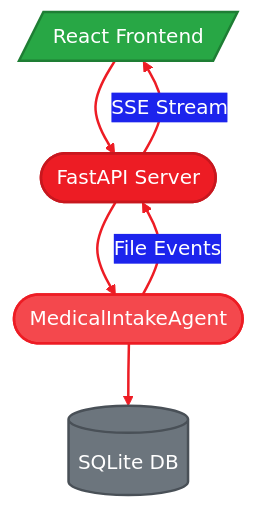
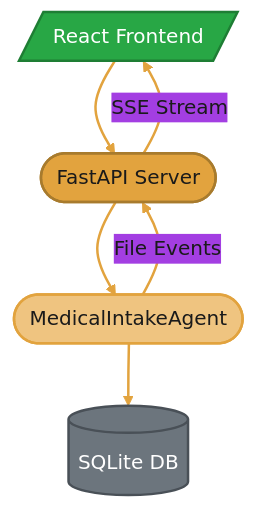
The diagram in docs/playbooks/emr-agent/part-2-dashboard.mdx (amd/gaia), drawn with Mermaid before and after one commit. The commit also changed 37 other files, not shown here.

````diff
--- a/docs/playbooks/emr-agent/part-2-dashboard.mdx
+++ b/docs/playbooks/emr-agent/part-2-dashboard.mdx
@@ -39,22 +39,22 @@
 ```mermaid
-%%{init: {'theme':'base', 'themeVariables': { 'primaryColor':'#ED1C24', 'primaryTextColor':'#fff', 'primaryBorderColor':'#C8171E', 'lineColor':'#F4484D', 'fontFamily': 'system-ui, -apple-system, sans-serif'}}}%%
+%%{init: {'theme':'base', 'themeVariables': { 'primaryColor':'#E2A33E', 'primaryTextColor':'#1a1a1a', 'primaryBorderColor':'#A87B2D', 'lineColor':'#EFC480', 'fontFamily': 'system-ui, -apple-system, sans-serif'}}}%%
 flowchart TB
     A[/"React Frontend"/]
     B(["FastAPI Server"])
     C(["MedicalIntakeAgent"])
     D[("SQLite DB")]
 
     A --> B
     B --> C
     C --> D
 
     B -->|"SSE Stream"| A
     C -->|"File Events"| B
 
     style A fill:#28a745,stroke:#1e7e34,stroke-width:2px,color:#fff
-    style B fill:#ED1C24,stroke:#C8171E,stroke-width:2px,color:#fff
-    style C fill:#F4484D,stroke:#ED1C24,stroke-width:2px,color:#fff
+    style B fill:#E2A33E,stroke:#A87B2D,stroke-width:2px,color:#1a1a1a
+    style C fill:#EFC480,stroke:#E2A33E,stroke-width:2px,color:#1a1a1a
     style D fill:#6c757d,stroke:#495057,stroke-width:2px,color:#fff
 
-    linkStyle 0,1,2,3,4 stroke:#ED1C24,stroke-width:2px
+    linkStyle 0,1,2,3,4 stroke:#E2A33E,stroke-width:2px
 ```
````
